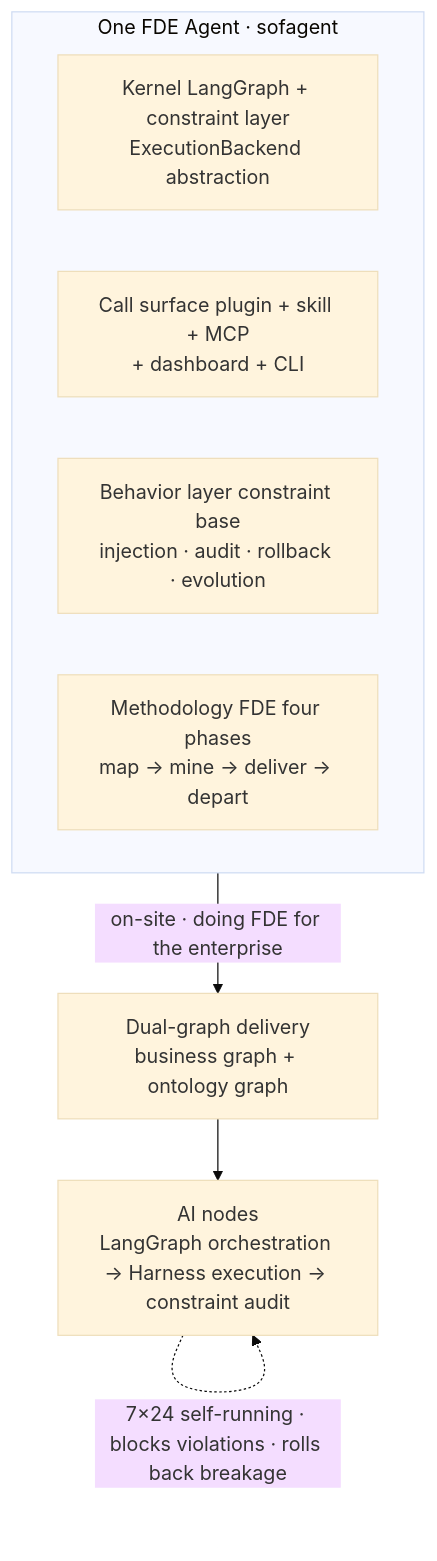
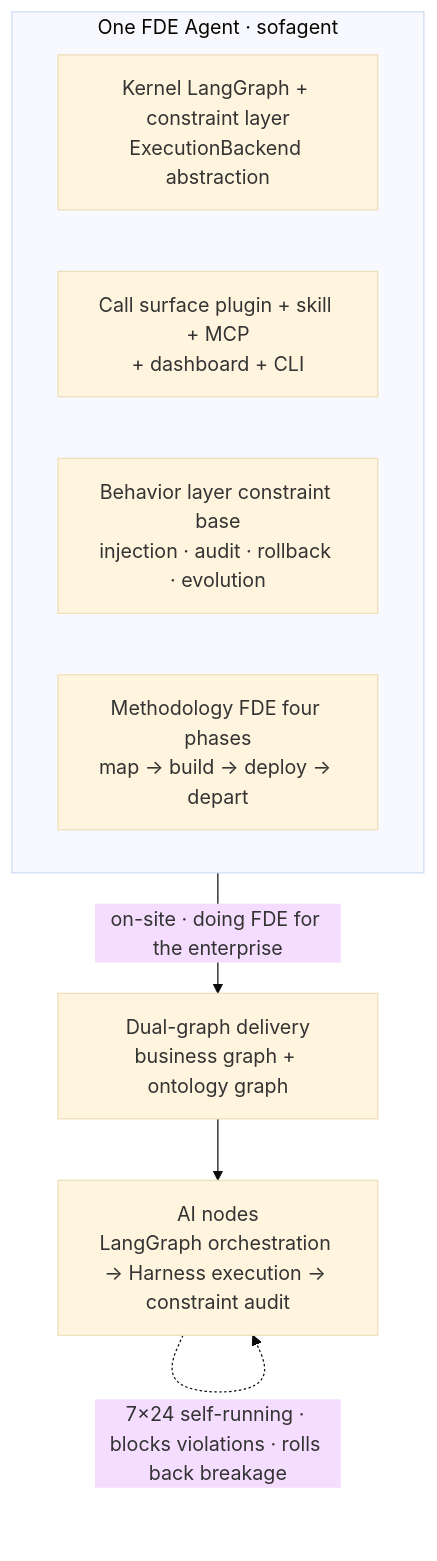
Before and after one commit to KongFangXun/sofagent: the first of 2 diagrams in README.en.md, drawn with Mermaid (base theme). The commit also changed other lines of this file and 2 other files, not shown here.

Commit message:
docs(readme+dashboard): 收编 dashboard session——FDE 四阶段术语统一 + dashboard 截图更新
- README.md/.en.md：FDE 四阶段「梳理→挖掘→交付→离场」→「梳理→构建→部署→离场」（方法论表述与 SKILL 对齐）
- README.md：A3/A9 激活说明（quick 模式自动读最近 commit 消息）、install.sh 定位分段（企业设备安装器 vs FDE Skill）
- dashboard.png：v1.4.0 redesign 截图同步更新（201KB→86KB）

````diff
--- a/README.en.md
+++ b/README.en.md
@@ -47,12 +47,12 @@
 ```mermaid
 graph TB
     subgraph S["One FDE Agent · sofagent"]
         K["Kernel LangGraph + constraint layer<br/>ExecutionBackend abstraction"]
         I["Call surface plugin + skill + MCP<br/>+ dashboard + CLI"]
         B["Behavior layer constraint base<br/>injection · audit · rollback · evolution"]
-        M["Methodology FDE four phases<br/>map → mine → deliver → depart"]
+        M["Methodology FDE four phases<br/>map → build → deploy → depart"]
     end
     S -->|"on-site · doing FDE for the enterprise"| D["Dual-graph delivery<br/>business graph + ontology graph"]
     D --> N["AI nodes<br/>LangGraph orchestration → Harness execution → constraint audit"]
     N -.->|"7×24 self-running · blocks violations · rolls back breakage"| N
 ```
````
